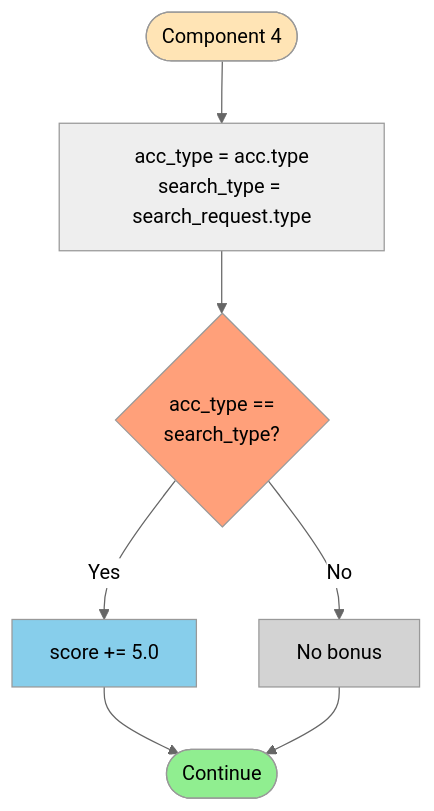
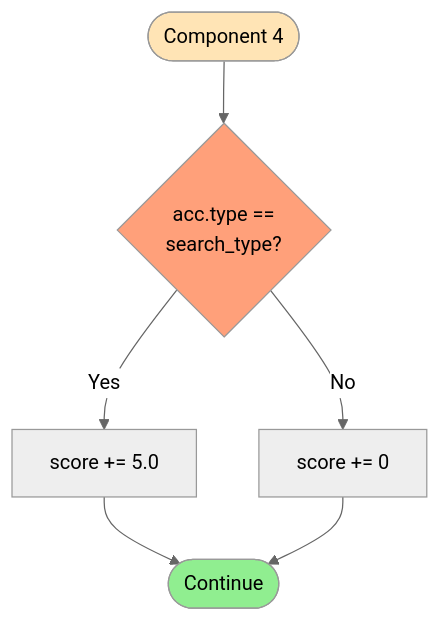
The fourth of 7 diagrams in Ranking_Algorithm_Documentation/03_Flowchart/flowchart_components.md (24127592-UcNguyenAnhVo/Rank_accom), drawn with Mermaid (neutral theme) before and after one commit. The commit also changed other lines of this file, not shown here.

First line of the commit message:
Revise flowchart components and scoring details

````diff
--- a/Ranking_Algorithm_Documentation/03_Flowchart/flowchart_components.md
+++ b/Ranking_Algorithm_Documentation/03_Flowchart/flowchart_components.md
@@ -103,15 +97,12 @@
 ```mermaid
 flowchart TD
-    Start([Component 4]) --> GetTypes[acc_type = acc.type<br/>search_type = search_request.type]
-    GetTypes --> Compare{acc_type ==<br/>search_type?}
+    Start([Component 4]) --> Compare{acc.type ==<br/>search_type?}
     Compare -->|Yes| AddBonus[score += 5.0]
-    Compare -->|No| Skip[No bonus]
+    Compare -->|No| Skip[score += 0]
     AddBonus --> End([Continue])
     Skip --> End
     
     style Start fill:#FFE4B5
     style Compare fill:#FFA07A
-    style AddBonus fill:#87CEEB
-    style Skip fill:#D3D3D3
     style End fill:#90EE90
 ```
````
